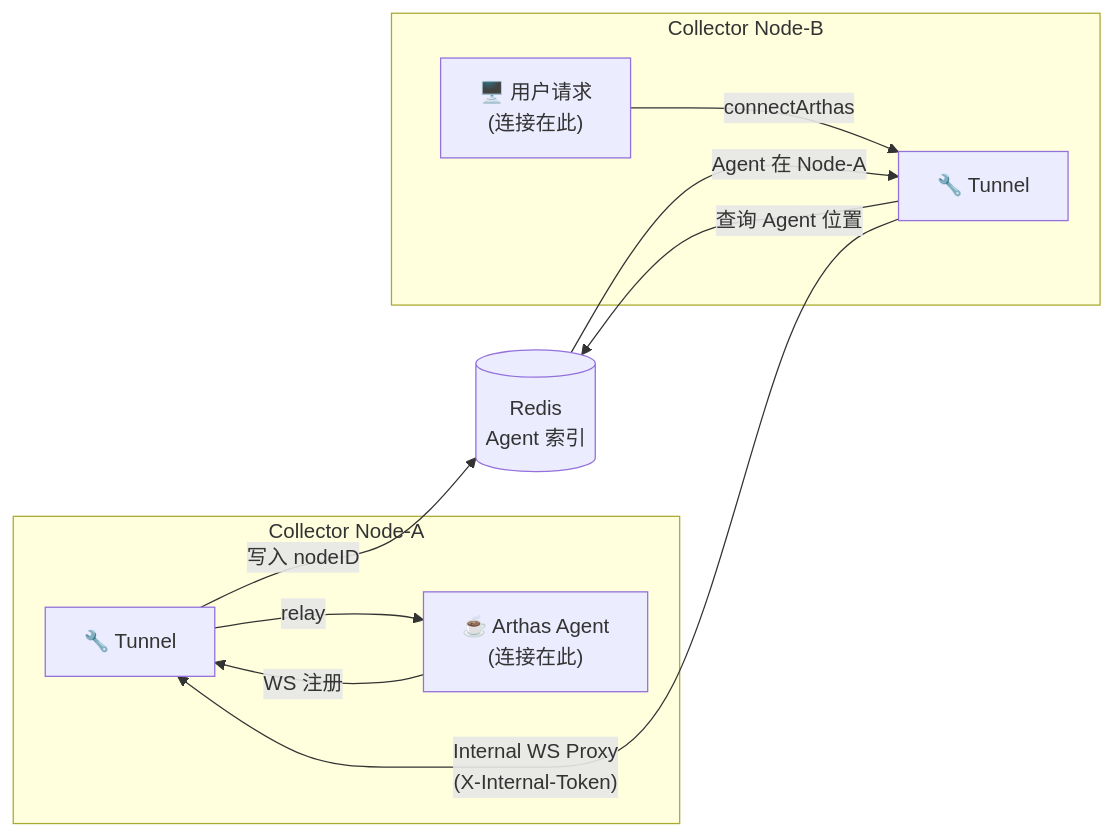
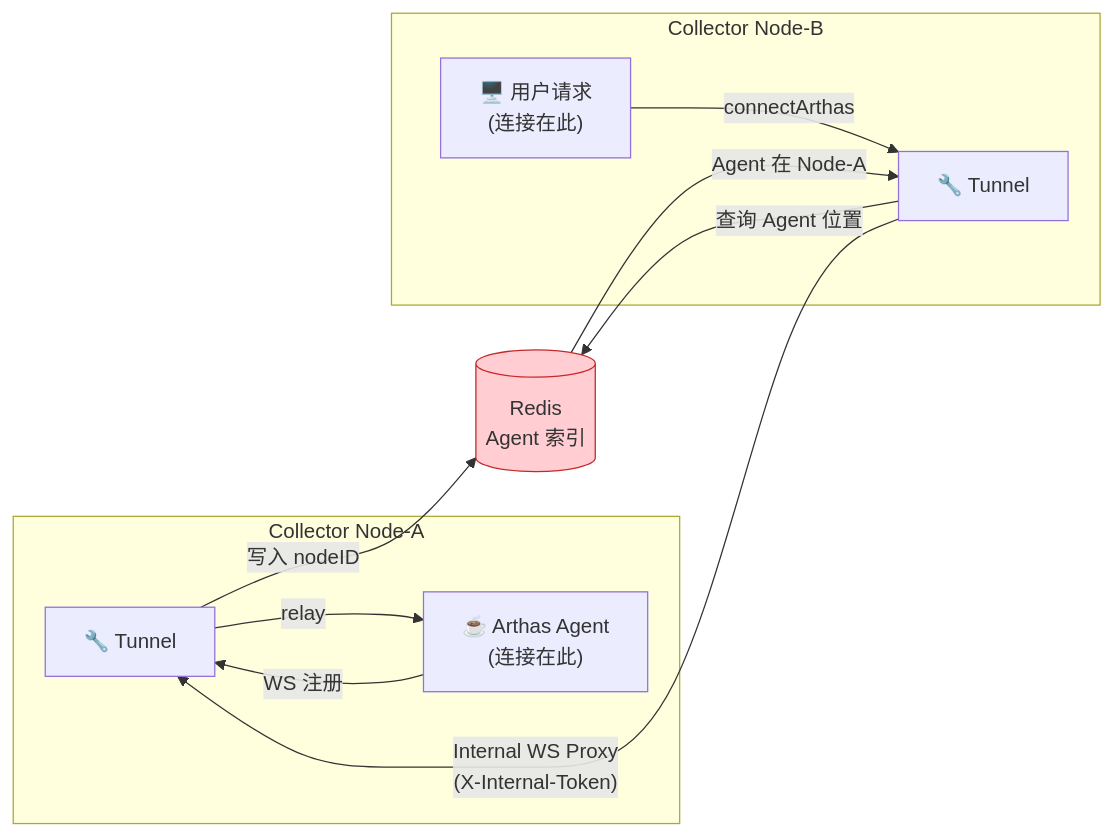
The sixth of 13 diagrams in README.md (junjiewwang/custom-opentelemetry-collector), drawn with Mermaid before and after one commit. The commit also changed other lines of this file, not shown here.

Commit message:
docs: 添加详细的 README.md 文档，包含架构图、组件详解和快速开始指南

````diff
--- a/README.md
+++ b/README.md
@@ -238,22 +252,24 @@
 ```mermaid
 graph LR
     subgraph NodeA["Collector Node-A"]
         TunnelA["🔧 Tunnel"]
         AgentConn["☕ Arthas Agent<br/>(连接在此)"]
     end
 
     subgraph NodeB["Collector Node-B"]
         TunnelB["🔧 Tunnel"]
         UserConn["🖥️ 用户请求<br/>(连接在此)"]
     end
 
     Redis[("Redis<br/>Agent 索引")]
 
     AgentConn -->|"WS 注册"| TunnelA
     TunnelA -->|"写入 nodeID"| Redis
     UserConn -->|"connectArthas"| TunnelB
     TunnelB -->|"查询 Agent 位置"| Redis
     Redis -->|"Agent 在 Node-A"| TunnelB
     TunnelB -->|"Internal WS Proxy<br/>(X-Internal-Token)"| TunnelA
     TunnelA -->|"relay"| AgentConn
+
+    style Redis fill:#FFCDD2,stroke:#C62828
 ```
````
